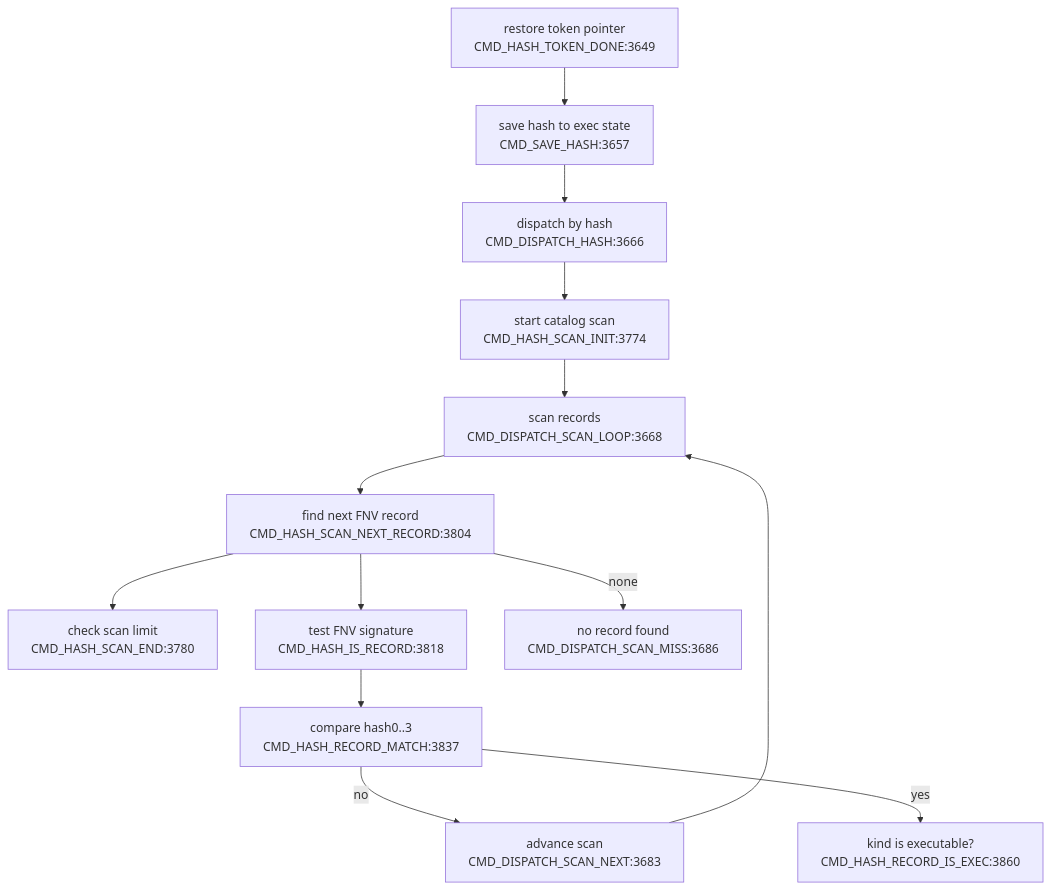
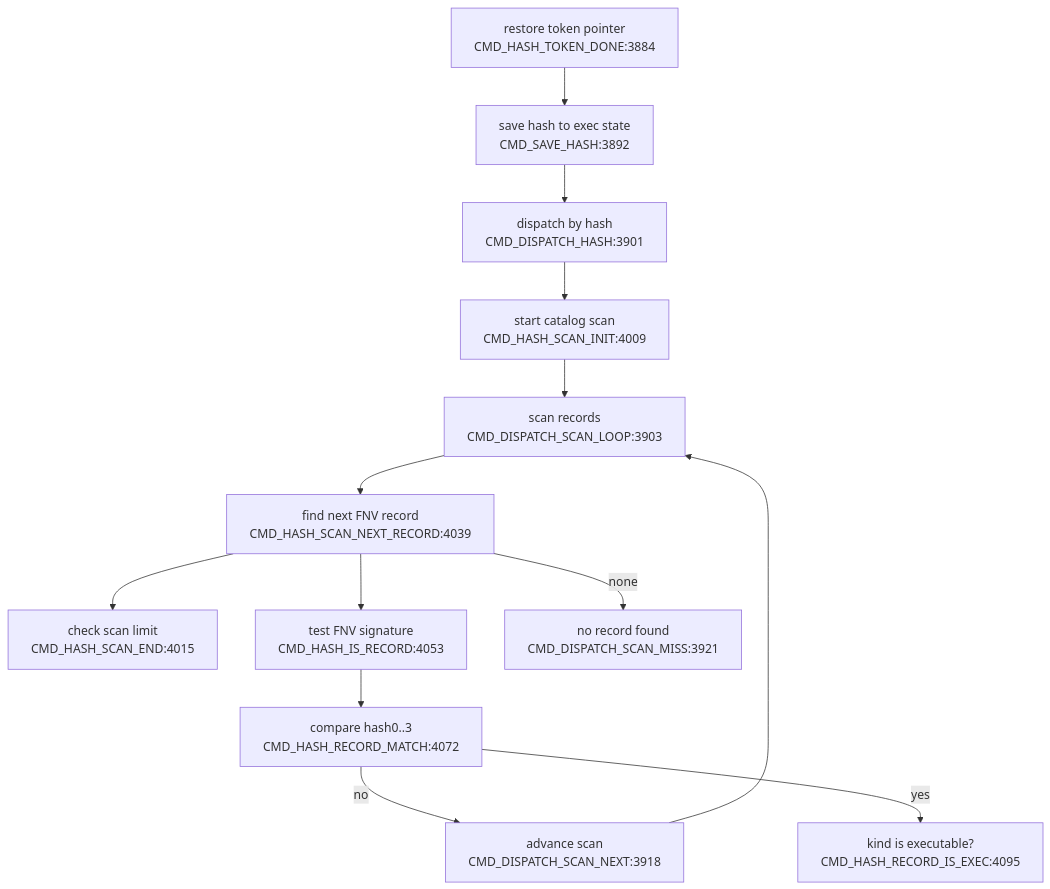
One commit to 95westus/R-YORS changed the third of 4 diagrams in DOC/GENERATED/CMD_FLOW_MAP.md. Above: the diagram before and after it, drawn with Mermaid. The commit also changed other lines of this file and 45 other files, not shown here.

````diff
--- a/DOC/GENERATED/CMD_FLOW_MAP.md
+++ b/DOC/GENERATED/CMD_FLOW_MAP.md
@@ -40,15 +40,15 @@
 ```mermaid
 flowchart TD
-    DONE["restore token pointer<br/>CMD_HASH_TOKEN_DONE:3649"] --> SAVEHASH["save hash to exec state<br/>CMD_SAVE_HASH:3657"]
-    SAVEHASH --> DISPATCH["dispatch by hash<br/>CMD_DISPATCH_HASH:3666"]
-    DISPATCH --> SCANINIT["start catalog scan<br/>CMD_HASH_SCAN_INIT:3774"]
-    SCANINIT --> SCANLOOP["scan records<br/>CMD_DISPATCH_SCAN_LOOP:3668"]
-    SCANLOOP --> NEXTREC["find next FNV record<br/>CMD_HASH_SCAN_NEXT_RECORD:3804"]
-    NEXTREC --> ENDCHK["check scan limit<br/>CMD_HASH_SCAN_END:3780"]
-    NEXTREC --> ISREC["test FNV signature<br/>CMD_HASH_IS_RECORD:3818"]
-    NEXTREC -->|none| MISS["no record found<br/>CMD_DISPATCH_SCAN_MISS:3686"]
-    ISREC --> MATCH["compare hash0..3<br/>CMD_HASH_RECORD_MATCH:3837"]
-    MATCH -->|no| ADV["advance scan<br/>CMD_DISPATCH_SCAN_NEXT:3683"]
+    DONE["restore token pointer<br/>CMD_HASH_TOKEN_DONE:3884"] --> SAVEHASH["save hash to exec state<br/>CMD_SAVE_HASH:3892"]
+    SAVEHASH --> DISPATCH["dispatch by hash<br/>CMD_DISPATCH_HASH:3901"]
+    DISPATCH --> SCANINIT["start catalog scan<br/>CMD_HASH_SCAN_INIT:4009"]
+    SCANINIT --> SCANLOOP["scan records<br/>CMD_DISPATCH_SCAN_LOOP:3903"]
+    SCANLOOP --> NEXTREC["find next FNV record<br/>CMD_HASH_SCAN_NEXT_RECORD:4039"]
+    NEXTREC --> ENDCHK["check scan limit<br/>CMD_HASH_SCAN_END:4015"]
+    NEXTREC --> ISREC["test FNV signature<br/>CMD_HASH_IS_RECORD:4053"]
+    NEXTREC -->|none| MISS["no record found<br/>CMD_DISPATCH_SCAN_MISS:3921"]
+    ISREC --> MATCH["compare hash0..3<br/>CMD_HASH_RECORD_MATCH:4072"]
+    MATCH -->|no| ADV["advance scan<br/>CMD_DISPATCH_SCAN_NEXT:3918"]
     ADV --> SCANLOOP
-    MATCH -->|yes| EXECOK["kind is executable?<br/>CMD_HASH_RECORD_IS_EXEC:3860"]
+    MATCH -->|yes| EXECOK["kind is executable?<br/>CMD_HASH_RECORD_IS_EXEC:4095"]
 ```
````
